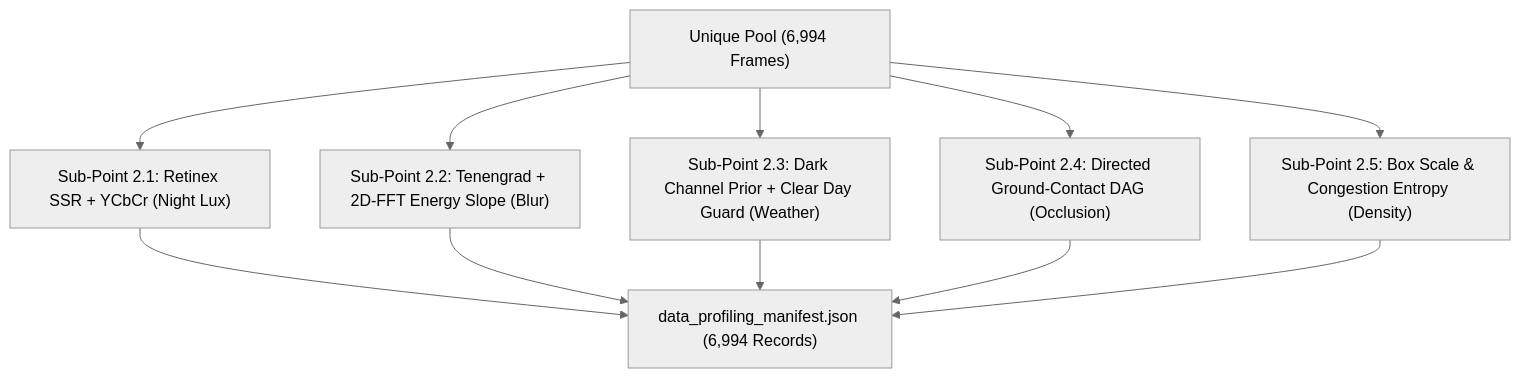
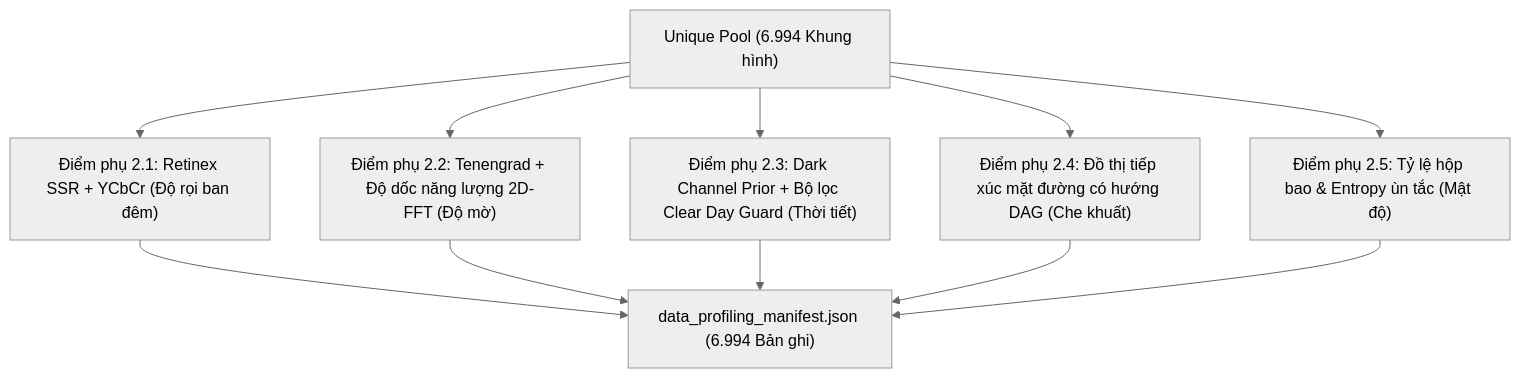
The diagram in docs/experiments/02_data_profiling.md (Wanlee199/bdd10k-hitl-simulator-web), drawn with Mermaid (neutral theme) before and after one commit. The commit also changed other lines of this file and 13 other files, not shown here.

````diff
--- a/docs/experiments/02_data_profiling.md
+++ b/docs/experiments/02_data_profiling.md
@@ -39,13 +39,13 @@
 ```mermaid
 flowchart TD
-    A["Unique Pool (6,994 Frames)"] --> B["Sub-Point 2.1: Retinex SSR + YCbCr (Night Lux)"]
-    A --> C["Sub-Point 2.2: Tenengrad + 2D-FFT Energy Slope (Blur)"]
-    A --> D["Sub-Point 2.3: Dark Channel Prior + Clear Day Guard (Weather)"]
-    A --> E["Sub-Point 2.4: Directed Ground-Contact DAG (Occlusion)"]
-    A --> F["Sub-Point 2.5: Box Scale & Congestion Entropy (Density)"]
-    B --> G["data_profiling_manifest.json (6,994 Records)"]
+    A["Unique Pool (6.994 Khung hình)"] --> B["Điểm phụ 2.1: Retinex SSR + YCbCr (Độ rọi ban đêm)"]
+    A --> C["Điểm phụ 2.2: Tenengrad + Độ dốc năng lượng 2D-FFT (Độ mờ)"]
+    A --> D["Điểm phụ 2.3: Dark Channel Prior + Bộ lọc Clear Day Guard (Thời tiết)"]
+    A --> E["Điểm phụ 2.4: Đồ thị tiếp xúc mặt đường có hướng DAG (Che khuất)"]
+    A --> F["Điểm phụ 2.5: Tỷ lệ hộp bao & Entropy ùn tắc (Mật độ)"]
+    B --> G["data_profiling_manifest.json (6.994 Bản ghi)"]
     C --> G
     D --> G
     E --> G
     F --> G
 ```
````
